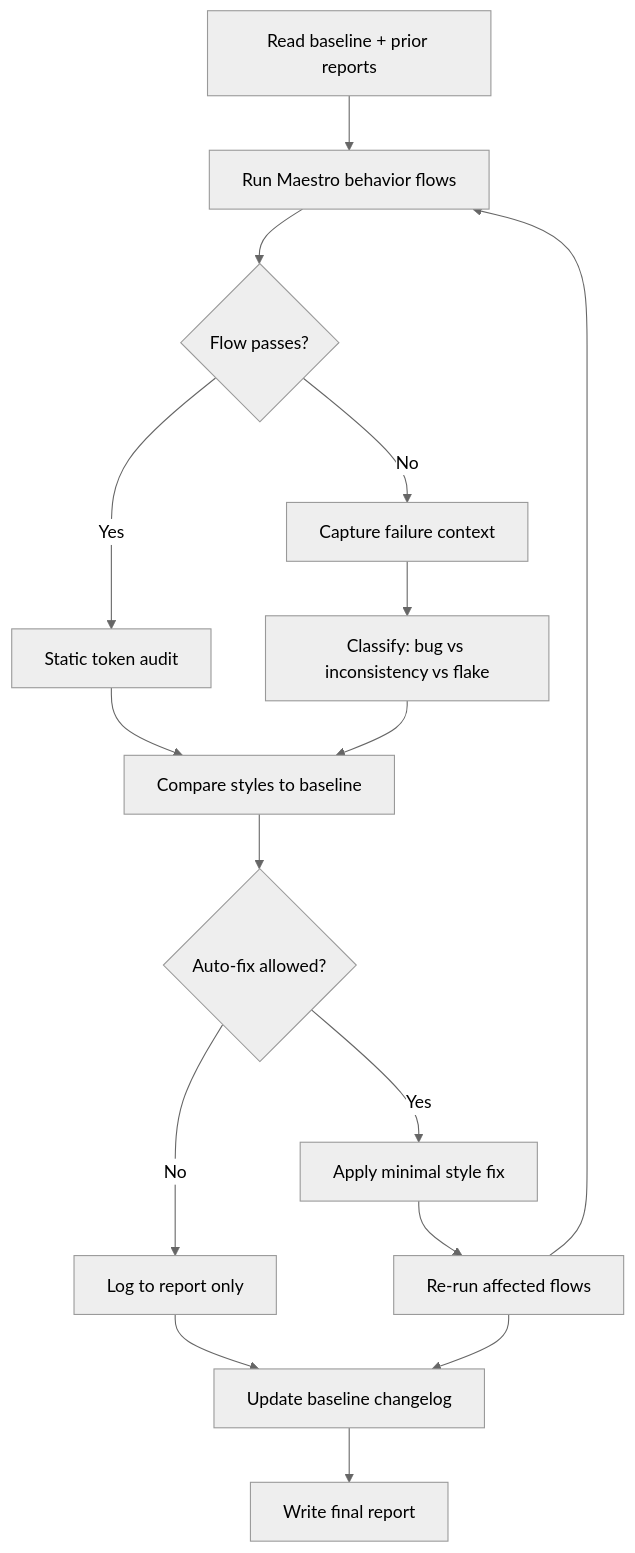
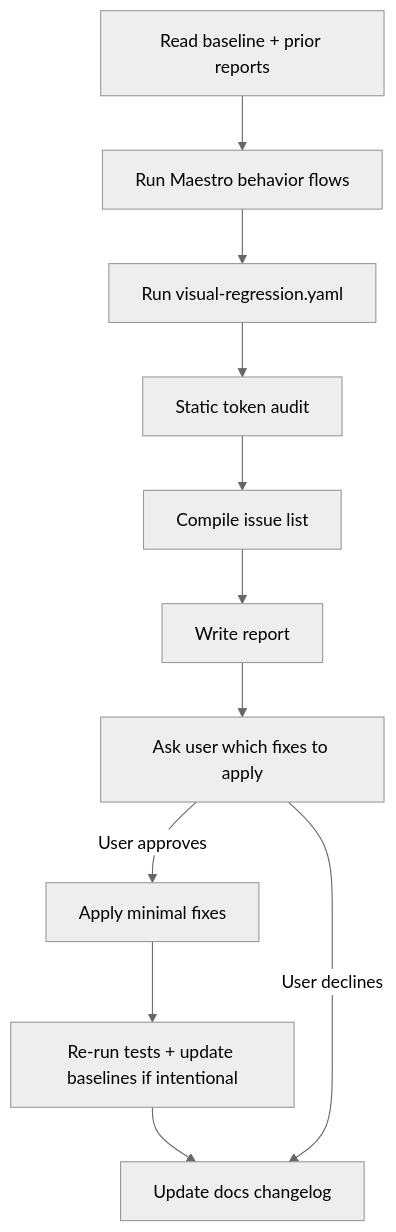
The diagram in docs/ui-consistency-agent.md (gcjunior/WillItFit), drawn with Mermaid (neutral theme) before and after one commit. The commit also changed other lines of this file and 9 other files, not shown here.

First line of the commit message:
Update UI agent: report-first policy and screenshot regression

````diff
--- a/docs/ui-consistency-agent.md
+++ b/docs/ui-consistency-agent.md
@@ -22,18 +32,13 @@
 ```mermaid
 flowchart TD
   A[Read baseline + prior reports] --> B[Run Maestro behavior flows]
-  B --> C{Flow passes?}
-  C -->|No| D[Capture failure context]
-  C -->|Yes| E[Static token audit]
-  D --> F[Classify: bug vs inconsistency vs flake]
-  E --> G[Compare styles to baseline]
-  F --> G
-  G --> H{Auto-fix allowed?}
-  H -->|Yes| I[Apply minimal style fix]
-  H -->|No| J[Log to report only]
-  I --> K[Re-run affected flows]
-  K --> B
-  J --> L[Update baseline changelog]
-  K --> L
-  L --> M[Write final report]
+  B --> C[Run visual-regression.yaml]
+  C --> D[Static token audit]
+  D --> E[Compile issue list]
+  E --> F[Write report]
+  F --> G[Ask user which fixes to apply]
+  G -->|User approves| H[Apply minimal fixes]
+  H --> I[Re-run tests + update baselines if intentional]
+  I --> J[Update docs changelog]
+  G -->|User declines| J
 ```
````
